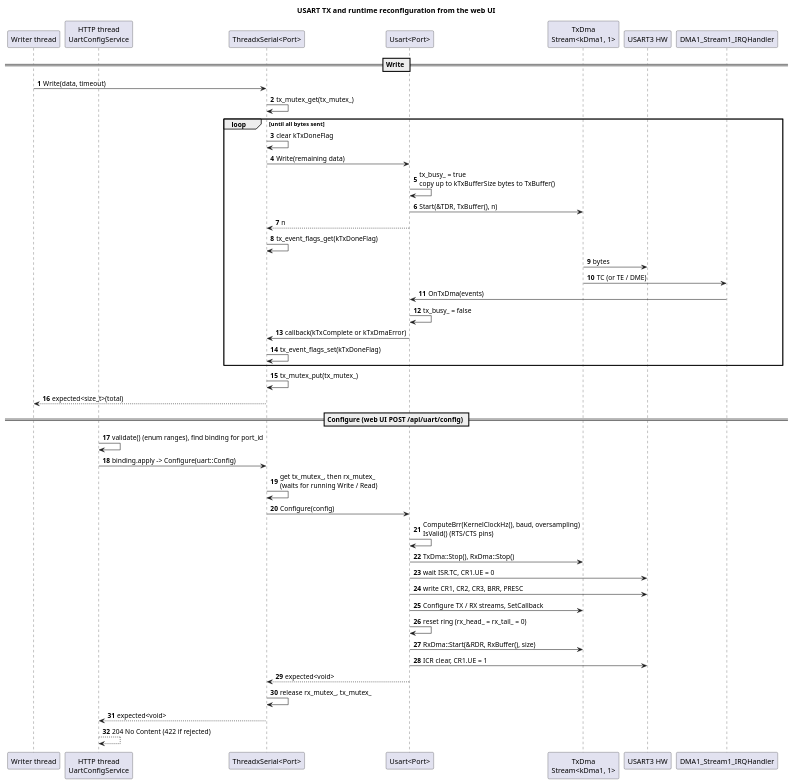
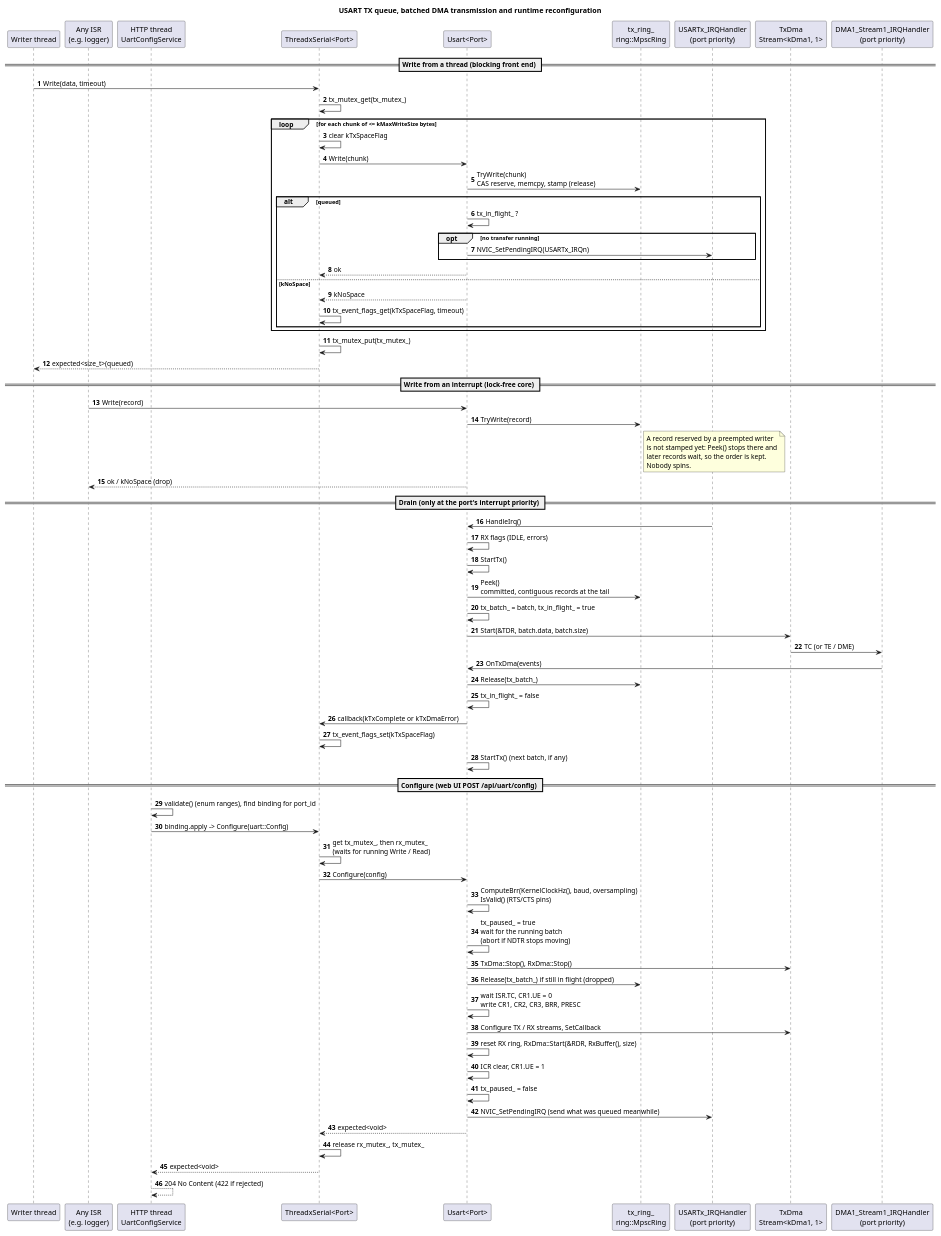
One commit to ertekinsener/stm32h7-drivers changed the diagram in docs/uart/usart_tx_configure_sequence.puml. Above: the diagram before and after it, drawn with PlantUML. The commit also changed 7 other files, not shown here.

```diff
--- a/docs/uart/usart_tx_configure_sequence.puml
+++ b/docs/uart/usart_tx_configure_sequence.puml
@@ -1,50 +1,81 @@
 @startuml usart_tx_configure_sequence
-title USART TX and runtime reconfiguration from the web UI
+title USART TX queue, batched DMA transmission and runtime reconfiguration
 autonumber
 
 participant "Writer thread" as W
+participant "Any ISR\n(e.g. logger)" as I
 participant "HTTP thread\nUartConfigService" as H
 participant "ThreadxSerial<Port>" as S
 participant "Usart<Port>" as U
+participant "tx_ring_\nring::MpscRing" as R
+participant "USARTx_IRQHandler\n(port priority)" as UI
 participant "TxDma\nStream<kDma1, 1>" as D
-participant "USART3 HW" as HW
-participant "DMA1_Stream1_IRQHandler" as DI
+participant "DMA1_Stream1_IRQHandler\n(port priority)" as DI
 
-== Write ==
+== Write from a thread (blocking front end) ==
 W -> S : Write(data, timeout)
 S -> S : tx_mutex_get(tx_mutex_)
-loop until all bytes sent
-  S -> S : clear kTxDoneFlag
-  S -> U : Write(remaining data)
-  U -> U : tx_busy_ = true\ncopy up to kTxBufferSize bytes to TxBuffer()
-  U -> D : Start(&TDR, TxBuffer(), n)
-  U --> S : n
-  S -> S : tx_event_flags_get(kTxDoneFlag)
-  D -> HW : bytes
-  D -> DI : TC (or TE / DME)
-  DI -> U : OnTxDma(events)
-  U -> U : tx_busy_ = false
-  U -> S : callback(kTxComplete or kTxDmaError)
-  S -> S : tx_event_flags_set(kTxDoneFlag)
+loop for each chunk of <= kMaxWriteSize bytes
+  S -> S : clear kTxSpaceFlag
+  S -> U : Write(chunk)
+  U -> R : TryWrite(chunk)\nCAS reserve, memcpy, stamp (release)
+  alt queued
+    U -> U : tx_in_flight_ ?
+    opt no transfer running
+      U -> UI : NVIC_SetPendingIRQ(USARTx_IRQn)
+    end
+    U --> S : ok
+  else kNoSpace
+    U --> S : kNoSpace
+    S -> S : tx_event_flags_get(kTxSpaceFlag, timeout)
+  end
 end
 S -> S : tx_mutex_put(tx_mutex_)
-S --> W : expected<size_t>(total)
+S --> W : expected<size_t>(queued)
+
+== Write from an interrupt (lock-free core) ==
+I -> U : Write(record)
+U -> R : TryWrite(record)
+note right of R
+  A record reserved by a preempted writer
+  is not stamped yet: Peek() stops there and
+  later records wait, so the order is kept.
+  Nobody spins.
+end note
+U --> I : ok / kNoSpace (drop)
+
+== Drain (only at the port's interrupt priority) ==
+UI -> U : HandleIrq()
+U -> U : RX flags (IDLE, errors)
+U -> U : StartTx()
+U -> R : Peek()\ncommitted, contiguous records at the tail
+U -> U : tx_batch_ = batch, tx_in_flight_ = true
+U -> D : Start(&TDR, batch.data, batch.size)
+D -> DI : TC (or TE / DME)
+DI -> U : OnTxDma(events)
+U -> R : Release(tx_batch_)
+U -> U : tx_in_flight_ = false
+U -> S : callback(kTxComplete or kTxDmaError)
+S -> S : tx_event_flags_set(kTxSpaceFlag)
+U -> U : StartTx()  (next batch, if any)
 
 == Configure (web UI POST /api/uart/config) ==
 H -> H : validate() (enum ranges), find binding for port_id
 H -> S : binding.apply -> Configure(uart::Config)
 S -> S : get tx_mutex_, then rx_mutex_\n(waits for running Write / Read)
 S -> U : Configure(config)
 U -> U : ComputeBrr(KernelClockHz(), baud, oversampling)\nIsValid() (RTS/CTS pins)
+U -> U : tx_paused_ = true\nwait for the running batch\n(abort if NDTR stops moving)
 U -> D : TxDma::Stop(), RxDma::Stop()
-U -> HW : wait ISR.TC, CR1.UE = 0
-U -> HW : write CR1, CR2, CR3, BRR, PRESC
+U -> R : Release(tx_batch_) if still in flight (dropped)
+U -> U : wait ISR.TC, CR1.UE = 0\nwrite CR1, CR2, CR3, BRR, PRESC
 U -> D : Configure TX / RX streams, SetCallback
-U -> U : reset ring (rx_head_ = rx_tail_ = 0)
-U -> D : RxDma::Start(&RDR, RxBuffer(), size)
-U -> HW : ICR clear, CR1.UE = 1
+U -> U : reset RX ring, RxDma::Start(&RDR, RxBuffer(), size)
+U -> U : ICR clear, CR1.UE = 1
+U -> U : tx_paused_ = false
+U -> UI : NVIC_SetPendingIRQ (send what was queued meanwhile)
 U --> S : expected<void>
 S -> S : release rx_mutex_, tx_mutex_
 S --> H : expected<void>
 H --> H : 204 No Content (422 if rejected)
 @enduml
```
